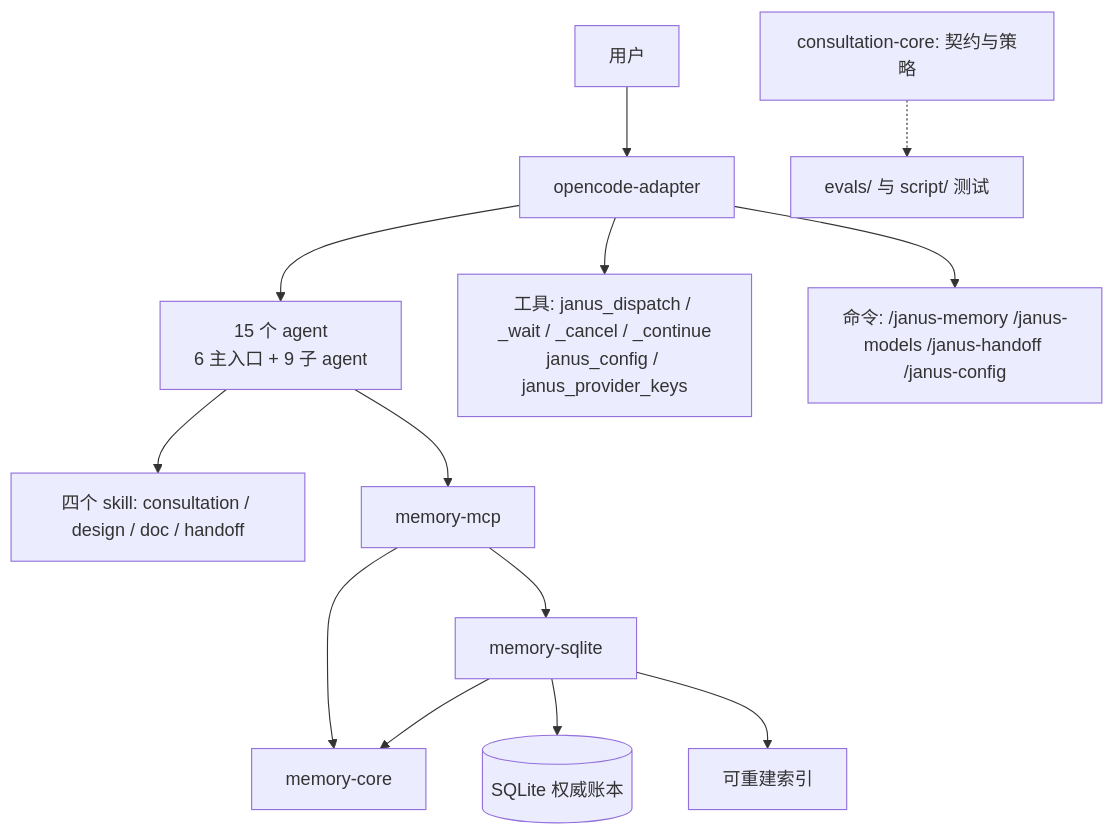
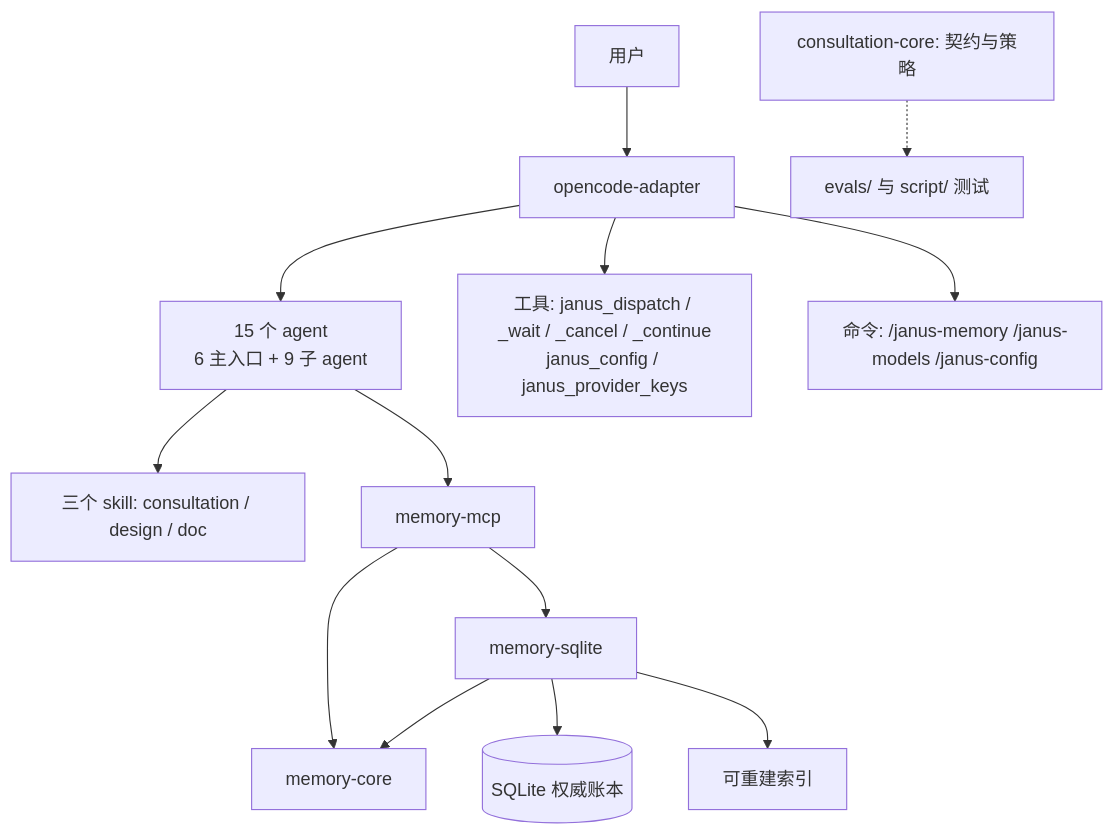
One commit to Arrowyi/janus-agent-plugin changed the first of 2 diagrams in docs/architecture.md. Above: the diagram before and after it, drawn with Mermaid. The commit also changed other lines of this file and 87 other files, not shown here.

First line of the commit message:
Add staged two-tier author-reviewer, retire the handoff skill, and distill top-level docs

````diff
--- a/docs/architecture.md
+++ b/docs/architecture.md
@@ -39,15 +39,15 @@
 ```mermaid
 flowchart TB
     U[用户] --> OA["opencode-adapter"]
     OA --> AG["15 个 agent<br/>6 主入口 + 9 子 agent"]
     OA --> TL["工具: janus_dispatch / _wait / _cancel / _continue<br/>janus_config / janus_provider_keys"]
-    OA --> CMD["命令: /janus-memory /janus-models /janus-handoff /janus-config"]
-    AG --> SK["四个 skill: consultation / design / doc / handoff"]
+    OA --> CMD["命令: /janus-memory /janus-models /janus-config"]
+    AG --> SK["三个 skill: consultation / design / doc"]
     AG --> MCP["memory-mcp"]
     MCP --> SQ["memory-sqlite"]
     MCP --> MC["memory-core"]
     SQ --> MC
     SQ --> DB[(SQLite 权威账本)]
     SQ --> IDX[可重建索引]
     CC["consultation-core: 契约与策略"] -.-> T["evals/ 与 script/ 测试"]
 ```
````
